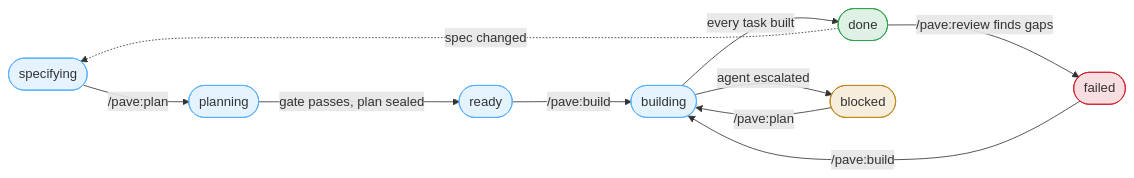
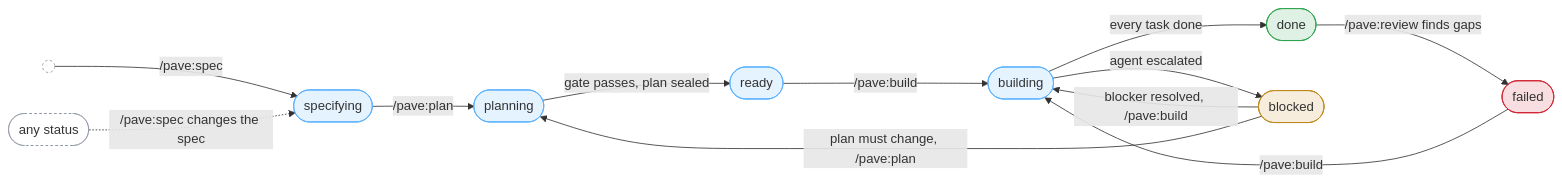
Before and after one commit to paveforge/claude-plugins: the diagram in README.md, drawn with Mermaid. The commit also changed other lines of this file and 2 other files, not shown here.

First line of the commit message:
README: explain the flow, fix the status chart, neutral service names

````diff
--- a/README.md
+++ b/README.md
@@ -497,21 +532,25 @@
 ```mermaid
 flowchart LR
-    specifying(["specifying"]) -->|/pave:plan| planning(["planning"])
+    new(( )) -->|/pave:spec| specifying(["specifying"])
+    specifying -->|/pave:plan| planning(["planning"])
     planning -->|gate passes, plan sealed| ready(["ready"])
     ready -->|/pave:build| building(["building"])
-    building -->|every task built| done(["done"])
+    building -->|every task done| done(["done"])
     building -->|agent escalated| blocked(["blocked"])
-    blocked -->|/pave:plan| building
+    blocked -->|blocker resolved, /pave:build| building
+    blocked -->|plan must change, /pave:plan| planning
     done -->|/pave:review finds gaps| failed(["failed"])
     failed -->|/pave:build| building
-    done -.->|spec changed| specifying
+    any(["any status"]) -.->|/pave:spec changes the spec| specifying
 
     classDef step fill:#54aeff26,stroke:#54aeff,stroke-width:1px
     classDef good fill:#2da44e26,stroke:#2da44e,stroke-width:1px
     classDef warn fill:#bf871926,stroke:#bf8719,stroke-width:1px
     classDef bad  fill:#cf222e26,stroke:#cf222e,stroke-width:1px
+    classDef muted fill:none,stroke:#8c959f,stroke-dasharray:3 3
     class specifying,planning,ready,building step
+    class any,new muted
     class done good
     class blocked warn
     class failed bad
 ```
````
